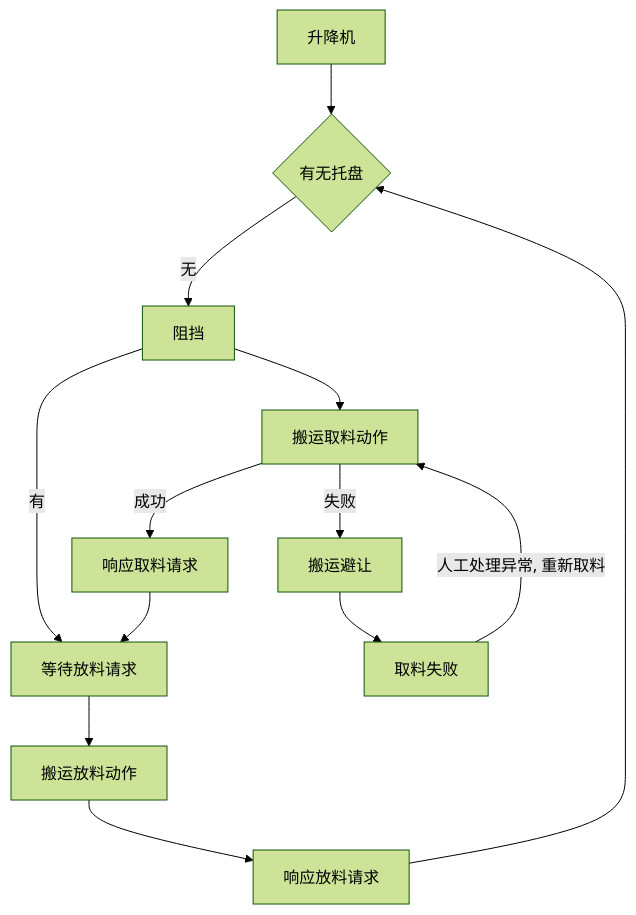
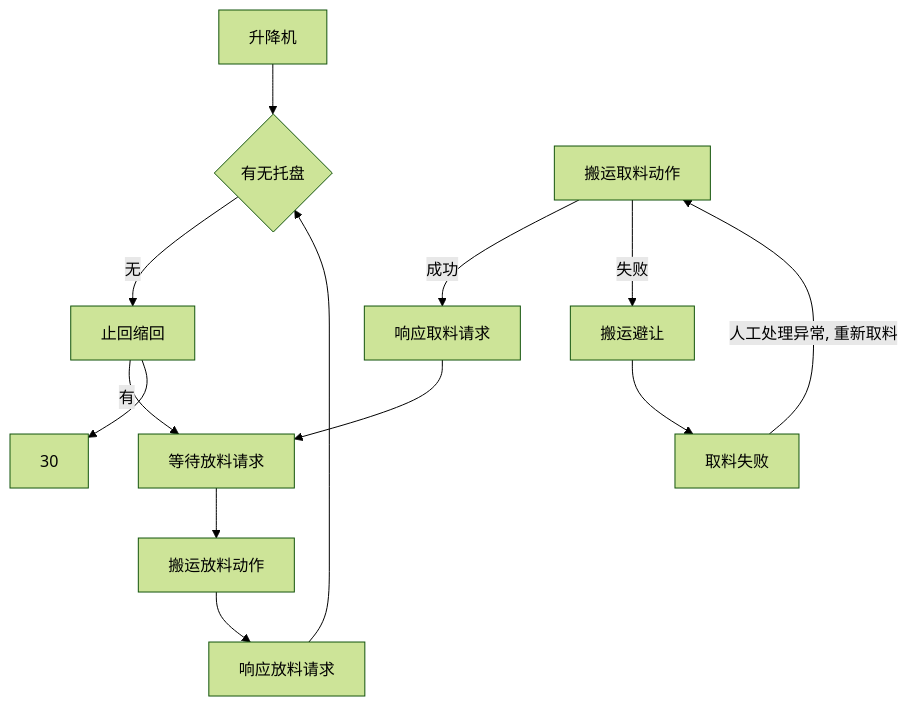
The diagram in all/升降台.md (PengKun1/iodraw-files), drawn with Mermaid (forest theme) before and after one commit.

Commit message:
2024-12-23 10:18:56 update

````diff
--- a/all/升降台.md
+++ b/all/升降台.md
@@ -1,16 +1,16 @@
 ```mermaid
 graph TD
 0[升降机]-->10
 10{有无托盘}-->|无|20
 20-->|有|60
-20[阻挡]-->40
+20[止回缩回]-->30
 40[搬运取料动作]-->|成功|50
 40-->|失败|90
 50[响应取料请求]-->60
 60[等待放料请求]-->70
 70[搬运放料动作]-->80
 80[响应放料请求]-->10
 90[搬运避让]-->900
 
 900[取料失败]-->|人工处理异常, 重新取料|40
 ```
````
